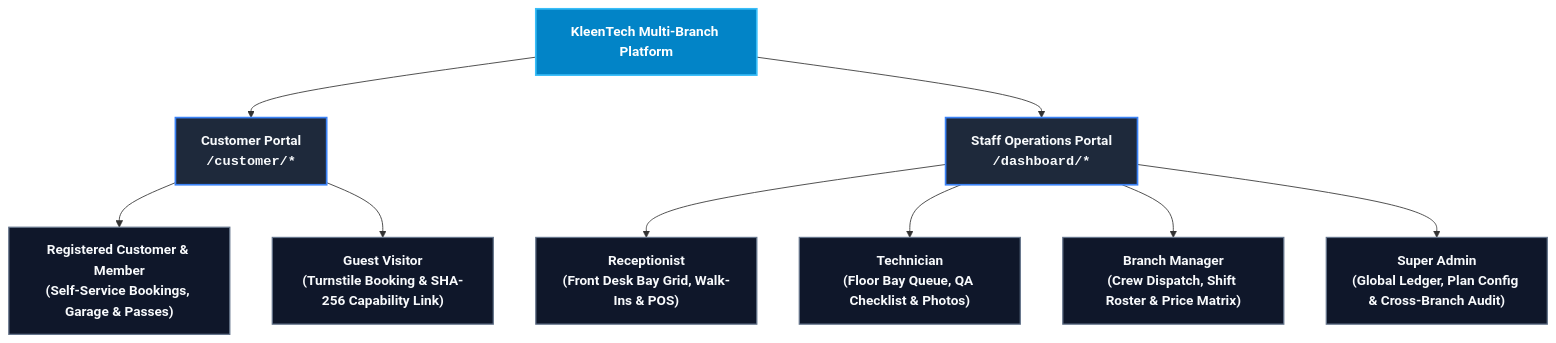
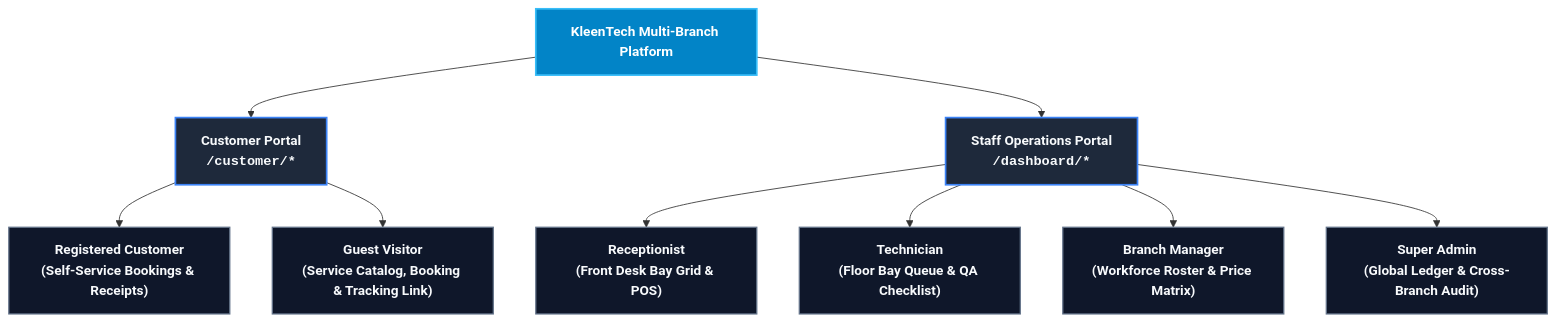
One commit to donaldobeso/Kleentech-Auto-Detailing-Multi-Branch-Operations changed the diagram in README.md. Above: the diagram before and after it, drawn with Mermaid. The commit also changed other lines of this file, not shown here.

````diff
--- a/README.md
+++ b/README.md
@@ -77,19 +109,19 @@
 ```mermaid
 graph TD
     classDef portal fill:#1e293b,stroke:#3b82f6,stroke-width:2px,color:#f8fafc;
     classDef role fill:#0f172a,stroke:#64748b,stroke-width:1.5px,color:#f8fafc;
     classDef root fill:#0284c7,stroke:#38bdf8,stroke-width:2px,color:#ffffff,font-weight:bold;
 
     Root["KleenTech Multi-Branch Platform"]:::root
 
     Root --> CustPortal["Customer Portal<br/><code>/customer/*</code>"]:::portal
     Root --> StaffPortal["Staff Operations Portal<br/><code>/dashboard/*</code>"]:::portal
 
-    CustPortal --> RoleCust["Registered Customer & Member<br/>(Self-Service Bookings, Garage & Passes)"]:::role
-    CustPortal --> RoleGuest["Guest Visitor<br/>(Turnstile Booking & SHA-256 Capability Link)"]:::role
+    CustPortal --> RoleCust["Registered Customer<br/>(Self-Service Bookings & Receipts)"]:::role
+    CustPortal --> RoleGuest["Guest Visitor<br/>(Service Catalog, Booking & Tracking Link)"]:::role
 
-    StaffPortal --> RoleRec["Receptionist<br/>(Front Desk Bay Grid, Walk-Ins & POS)"]:::role
-    StaffPortal --> RoleTech["Technician<br/>(Floor Bay Queue, QA Checklist & Photos)"]:::role
-    StaffPortal --> RoleMgr["Branch Manager<br/>(Crew Dispatch, Shift Roster & Price Matrix)"]:::role
-    StaffPortal --> RoleAdmin["Super Admin<br/>(Global Ledger, Plan Config & Cross-Branch Audit)"]:::role
+    StaffPortal --> RoleRec["Receptionist<br/>(Front Desk Bay Grid & POS)"]:::role
+    StaffPortal --> RoleTech["Technician<br/>(Floor Bay Queue & QA Checklist)"]:::role
+    StaffPortal --> RoleMgr["Branch Manager<br/>(Workforce Roster & Price Matrix)"]:::role
+    StaffPortal --> RoleAdmin["Super Admin<br/>(Global Ledger & Cross-Branch Audit)"]:::role
 ```
````
